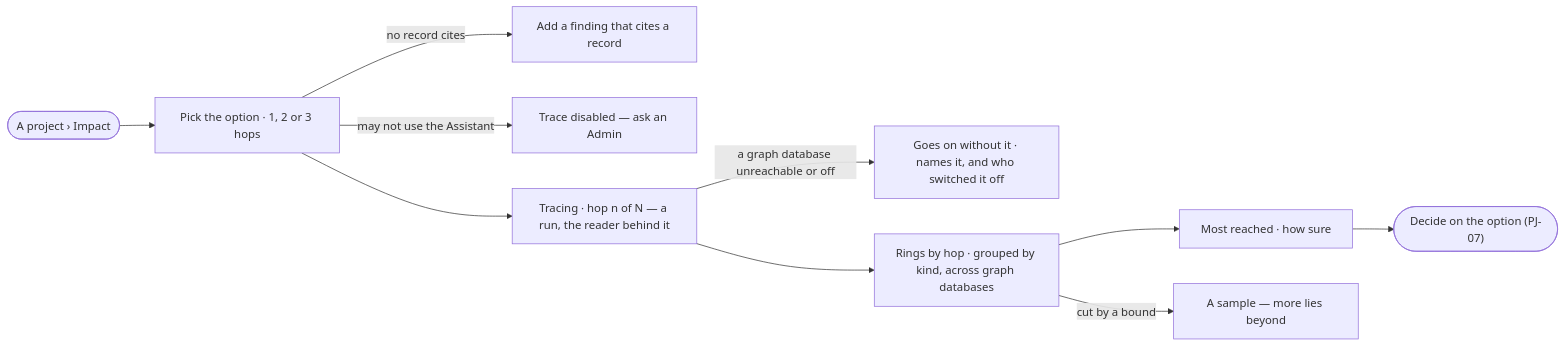
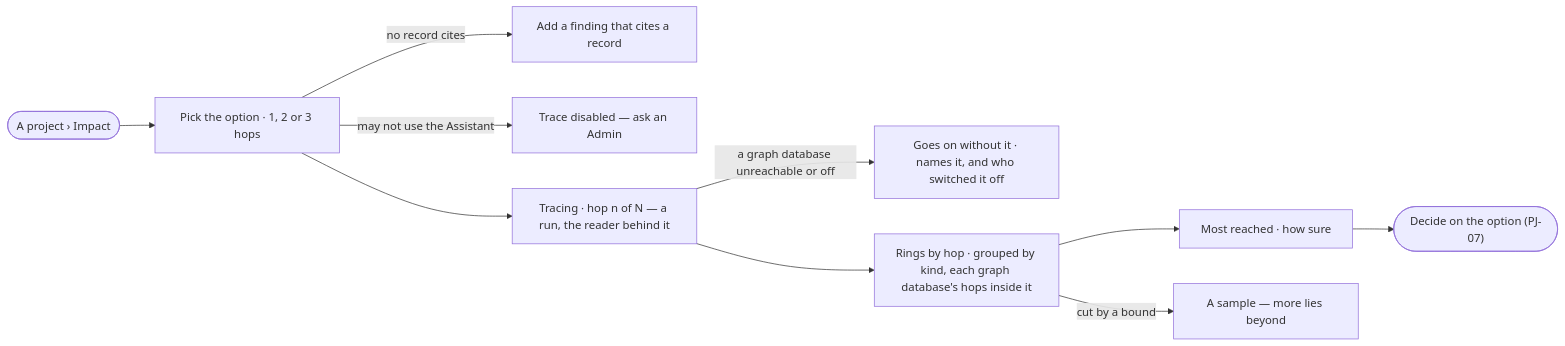
The diagram in specs/capabilities/projects/features/PJ-F03-branches-findings-and-decisions/stories/PJ-10-see-what-a-decision-reaches/story.md (invana/invana), drawn with Mermaid before and after one commit. The commit also changed other lines of this file and 54 other files, not shown here.

First line of the commit message:
docs(specs): many graph databases by access, links within one database, Model views restored

````diff
--- a/specs/capabilities/projects/features/PJ-F03-branches-findings-and-decisions/stories/PJ-10-see-what-a-decision-reaches/story.md
+++ b/specs/capabilities/projects/features/PJ-F03-branches-findings-and-decisions/stories/PJ-10-see-what-a-decision-reaches/story.md
@@ -29,12 +29,12 @@
 ```mermaid
 flowchart LR
   s([A project › Impact]) --> o["Pick the option · 1, 2 or 3 hops"]
   o -->|no record cites| e["Add a finding that cites a record"]
   o -->|may not use the Assistant| nu["Trace disabled — ask an Admin"]
   o --> t["Tracing · hop n of N — a run, the reader behind it"]
   t -->|a graph database unreachable or off| x["Goes on without it · names it, and who switched it off"]
-  t --> r["Rings by hop · grouped by kind, across graph databases"]
+  t --> r["Rings by hop · grouped by kind, each graph database's hops inside it"]
   r --> m["Most reached · how sure"]
   r -->|cut by a bound| b["A sample — more lies beyond"]
   m --> d(["Decide on the option (PJ-07)"])
 ```
````
